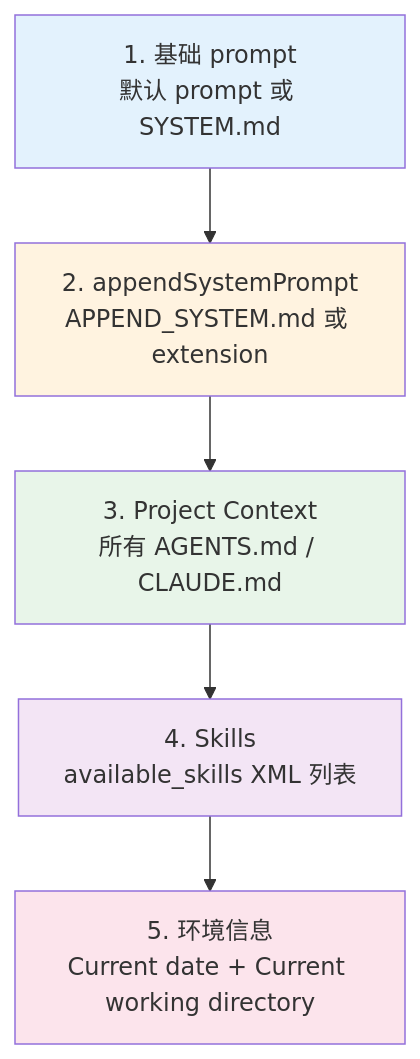
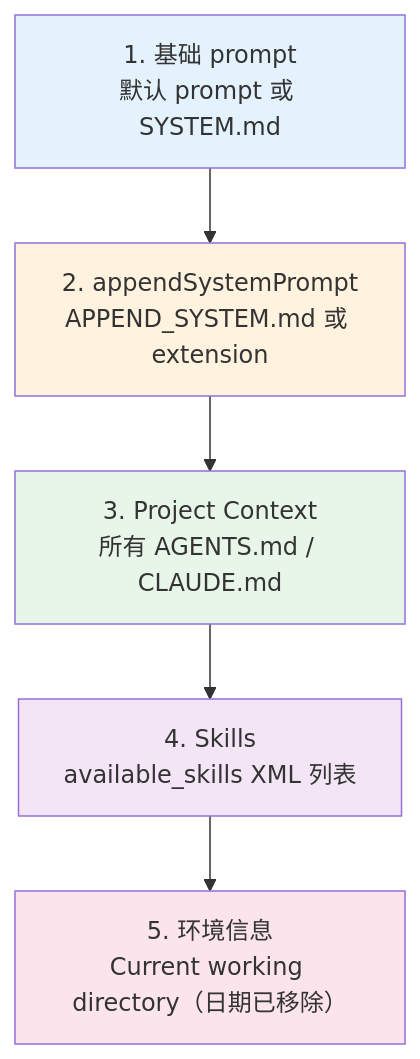
One commit to disanrencheng/pi-book changed the second of 2 diagrams in src/ch14-system-prompt.md. Above: the diagram before and after it, drawn with Mermaid. The commit also changed other lines of this file and 69 other files, not shown here.

````diff
--- a/src/ch14-system-prompt.md
+++ b/src/ch14-system-prompt.md
@@ -353,13 +349,13 @@
 ```mermaid
 flowchart TD
     A["1. 基础 prompt<br/>默认 prompt 或 SYSTEM.md"] --> B["2. appendSystemPrompt<br/>APPEND_SYSTEM.md 或 extension"]
     B --> C["3. Project Context<br/>所有 AGENTS.md / CLAUDE.md"]
     C --> D["4. Skills<br/>available_skills XML 列表"]
-    D --> E["5. 环境信息<br/>Current date + Current working directory"]
+    D --> E["5. 环境信息<br/>Current working directory（日期已移除）"]
     
     style A fill:#e3f2fd
     style B fill:#fff3e0
     style C fill:#e8f5e9
     style D fill:#f3e5f5
     style E fill:#fce4ec
 ```
````
